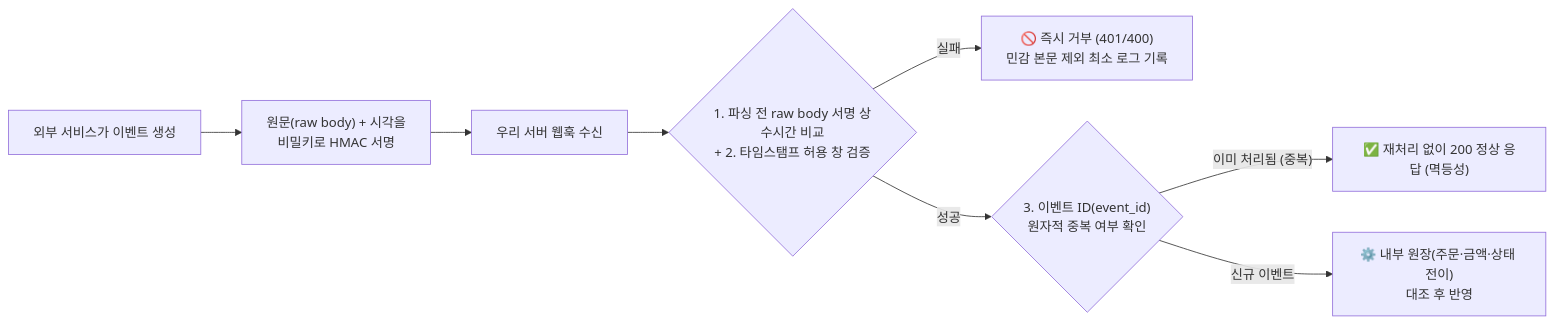
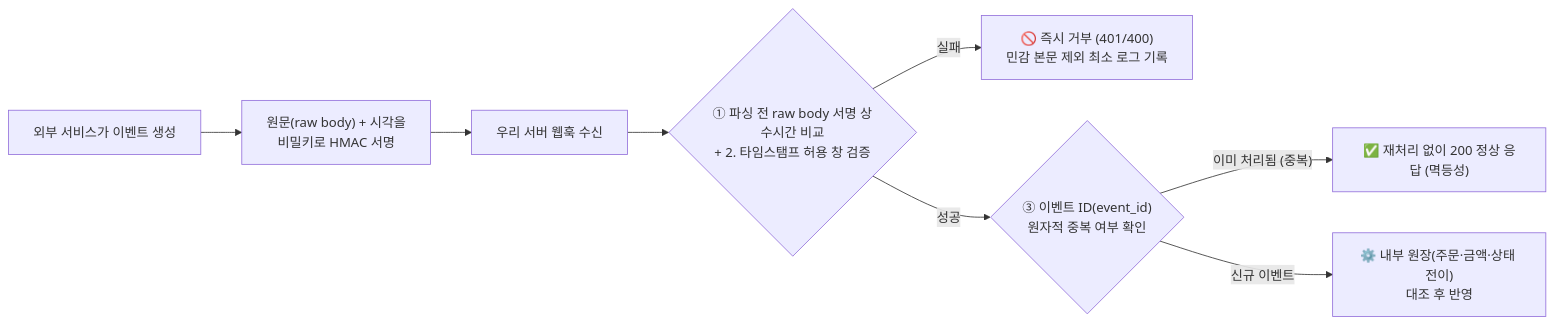
One commit to gooyong-sec/gooyong-sec.github.io changed the second of 2 diagrams in content/웹취약점/웹 취약점 진단 — 서드파티 연동·웹훅 신뢰 공격(API7·API10).md. Above: the diagram before and after it, drawn with Mermaid. The commit also changed 28 other files, not shown here.

First line of the commit message:
fix: eliminate remaining mermaid markdown-list misparse across all diagrams

````diff
--- a/content/웹취약점/웹 취약점 진단 — 서드파티 연동·웹훅 신뢰 공격(API7·API10).md
+++ b/content/웹취약점/웹 취약점 진단 — 서드파티 연동·웹훅 신뢰 공격(API7·API10).md
@@ -98,10 +98,10 @@
 ```mermaid
 flowchart LR
     A["외부 서비스가 이벤트 생성"] --> B["원문(raw body) + 시각을<br/>비밀키로 HMAC 서명"]
     B --> C["우리 서버 웹훅 수신"]
-    C --> D{"1. 파싱 전 raw body 서명 상수시간 비교<br/>+ 2. 타임스탬프 허용 창 검증"}
+    C --> D{"① 파싱 전 raw body 서명 상수시간 비교<br/>+ 2. 타임스탬프 허용 창 검증"}
     D -->|"실패"| E["🚫 즉시 거부 (401/400)<br/>민감 본문 제외 최소 로그 기록"]
-    D -->|"성공"| F{"3. 이벤트 ID(event_id)<br/>원자적 중복 여부 확인"}
+    D -->|"성공"| F{"③ 이벤트 ID(event_id)<br/>원자적 중복 여부 확인"}
     F -->|"이미 처리됨 (중복)"| G["✅ 재처리 없이 200 정상 응답 (멱등성)"]
     F -->|"신규 이벤트"| H["⚙️ 내부 원장(주문·금액·상태 전이)<br/>대조 후 반영"]
 ```
````
